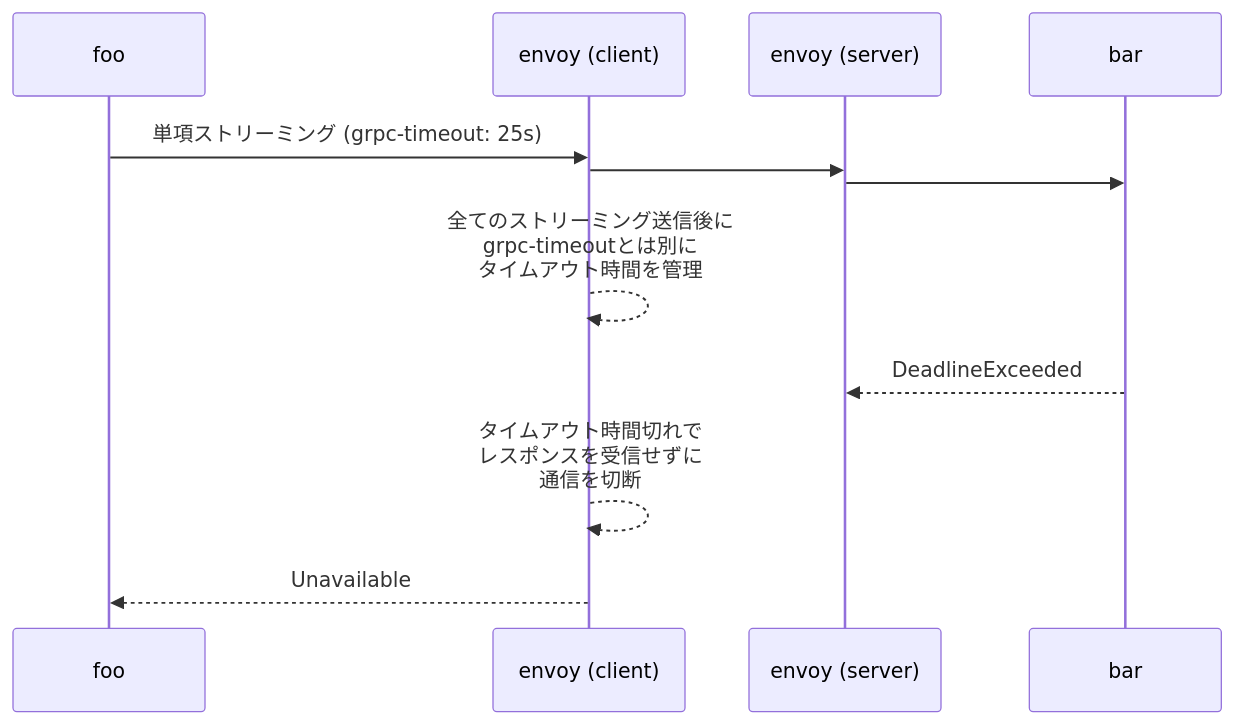
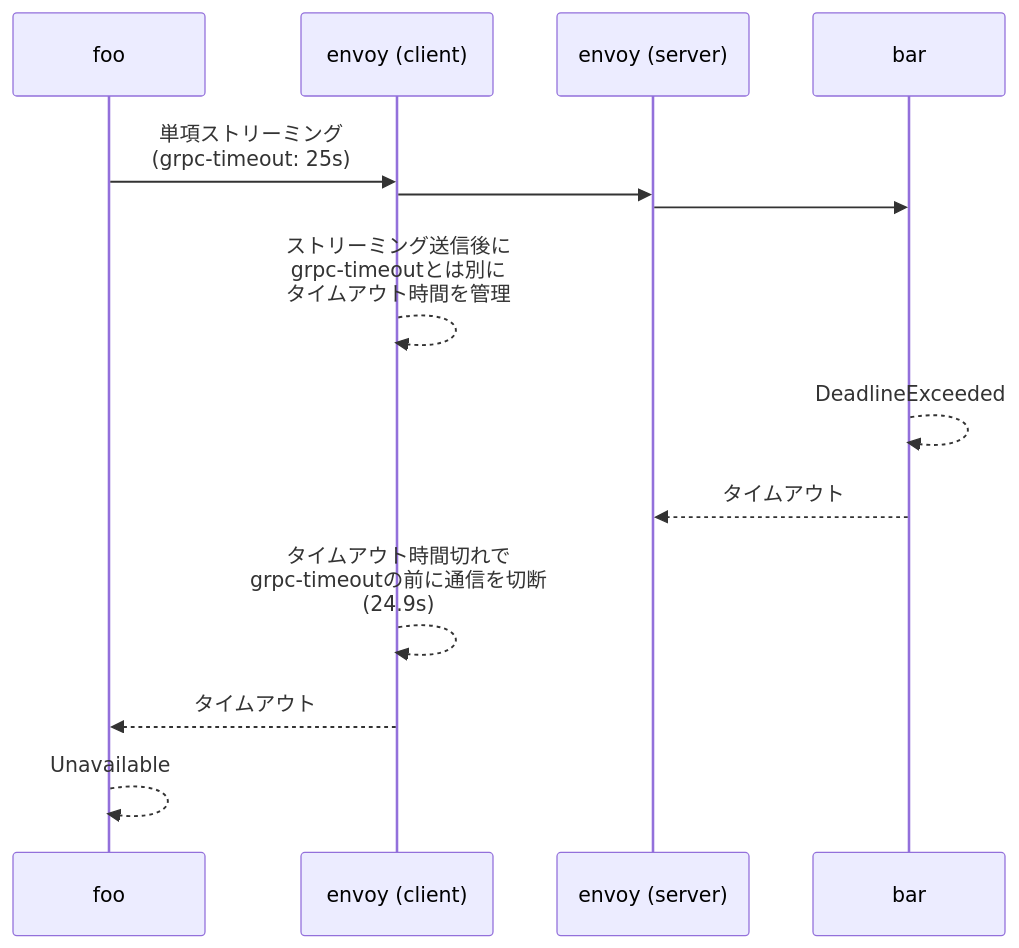
The second of 2 diagrams in docs/software/software_middleware_service_mesh_envoy_envoy_yaml.md (hiroki-it/tech-notebook), drawn with Mermaid before and after one commit. The commit also changed other lines of this file and 1 other file, not shown here.

Commit message:
update ノートを更新した。

````diff
--- a/docs/software/software_middleware_service_mesh_envoy_envoy_yaml.md
+++ b/docs/software/software_middleware_service_mesh_envoy_envoy_yaml.md
@@ -379,12 +379,14 @@
 ```mermaid
 sequenceDiagram
 
-    foo->>envoy (client): 単項ストリーミング (grpc-timeout: 25s)
+    foo->>envoy (client): 単項ストリーミング<br>(grpc-timeout: 25s)
     envoy (client)->>envoy (server): 
     envoy (server)->>bar: 
-    envoy (client)-->>envoy (client): 全てのストリーミング送信後に<br>grpc-timeoutとは別に<br>タイムアウト時間を管理
+    envoy (client)-->>envoy (client): ストリーミング送信後に<br>grpc-timeoutとは別に<br>タイムアウト時間を管理
 
-    bar-->>envoy (server): DeadlineExceeded
-    envoy (client)-->>envoy (client): タイムアウト時間切れで<br>レスポンスを受信せずに<br>通信を切断
-    envoy (client)-->>foo: Unavailable
+    bar-->>bar: DeadlineExceeded
+    bar-->>envoy (server): タイムアウト
+    envoy (client)-->>envoy (client): タイムアウト時間切れで<br>grpc-timeoutの前に通信を切断<br>(24.9s)
+    envoy (client)-->>foo: タイムアウト
+    foo-->>foo: Unavailable
 ```
````
